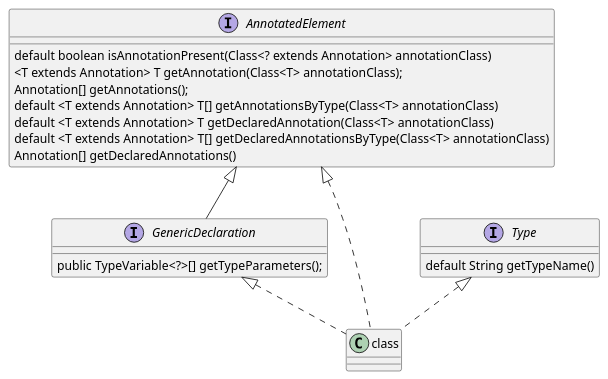
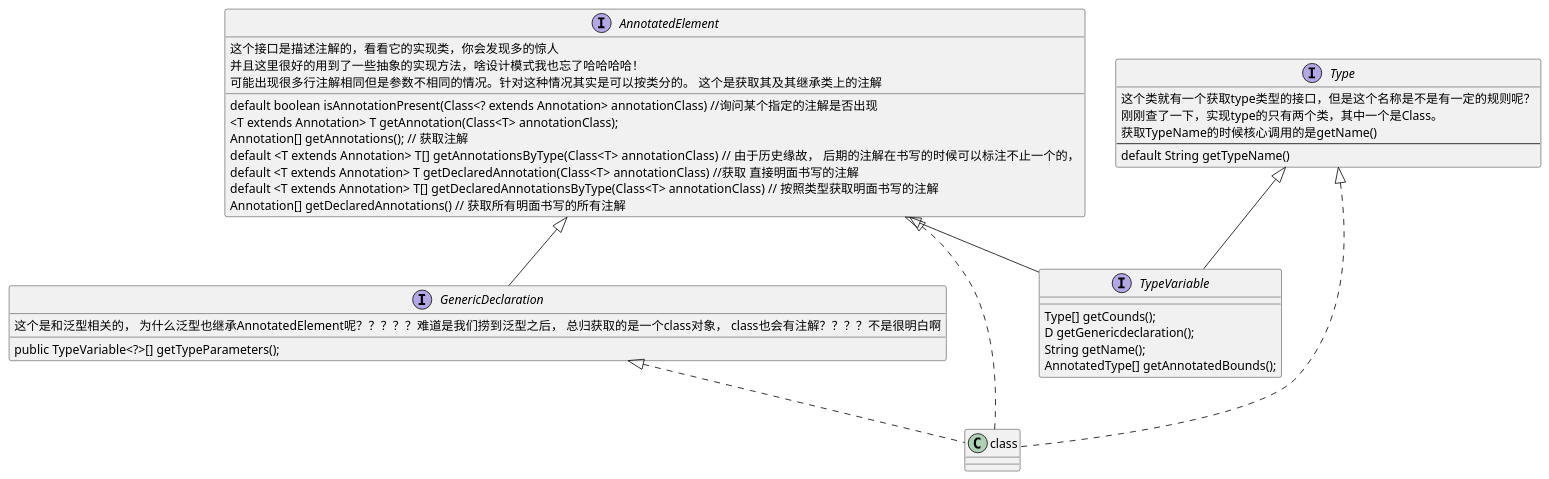
One commit to caoyali/BooksCodeDemo changed the diagram in ThinkingInJava/app/src/main/java/com/example/class相关类研究/AAA_Class相关类梳理.md. Above: the diagram before and after it, drawn with PlantUML. The commit also changed other lines of this file and 12 other files, not shown here.

````diff
--- a/ThinkingInJava/app/src/main/java/com/example/class相关类研究/AAA_Class相关类梳理.md
+++ b/ThinkingInJava/app/src/main/java/com/example/class相关类研究/AAA_Class相关类梳理.md
@@ -3,31 +33,50 @@
 ```puml
 @startuml
 interface AnnotatedElement{
-    default boolean isAnnotationPresent(Class<? extends Annotation> annotationClass)
+    这个接口是描述注解的，看看它的实现类，你会发现多的惊人
+    并且这里很好的用到了一些抽象的实现方法，啥设计模式我也忘了哈哈哈哈！
+    default boolean isAnnotationPresent(Class<? extends Annotation> annotationClass) //询问某个指定的注解是否出现
     <T extends Annotation> T getAnnotation(Class<T> annotationClass);
-    Annotation[] getAnnotations();
-    default <T extends Annotation> T[] getAnnotationsByType(Class<T> annotationClass)
-    default <T extends Annotation> T getDeclaredAnnotation(Class<T> annotationClass)
-    default <T extends Annotation> T[] getDeclaredAnnotationsByType(Class<T> annotationClass)
-    Annotation[] getDeclaredAnnotations()
+    Annotation[] getAnnotations(); // 获取注解
+    default <T extends Annotation> T[] getAnnotationsByType(Class<T> annotationClass)   // 由于历史缘故， 后期的注解在书写的时候可以标注不止一个的，
+     可能出现很多行注解相同但是参数不相同的情况。针对这种情况其实是可以按类分的。  这个是获取其及其继承类上的注解
+    default <T extends Annotation> T getDeclaredAnnotation(Class<T> annotationClass) //获取 直接明面书写的注解
+    default <T extends Annotation> T[] getDeclaredAnnotationsByType(Class<T> annotationClass) // 按照类型获取明面书写的注解
+    Annotation[] getDeclaredAnnotations() // 获取所有明面书写的所有注解
 }
 
 interface GenericDeclaration{
+    这个是和泛型相关的， 为什么泛型也继承AnnotatedElement呢？？？？？难道是我们捞到泛型之后， 总归获取的是一个class对象， class也会有注解？？？？不是很明白啊
     public TypeVariable<?>[] getTypeParameters();
 }
 
+
 interface Type{
+    这个类就有一个获取type类型的接口，但是这个名称是不是有一定的规则呢？
+    刚刚查了一下，实现type的只有两个类，其中一个是Class。
+    获取TypeName的时候核心调用的是getName()
+    ----
     default String getTypeName()
+}
+
+interface TypeVariable{
+    Type[] getCounds();
+    D getGenericdeclaration();
+    String getName();
+    AnnotatedType[] getAnnotatedBounds();
 }
 
 class class{}
 
 GenericDeclaration -up-|> AnnotatedElement
 
 
 class .up.|> GenericDeclaration
 class .up.|> Type
 ' 问题来了，假如class不写实现AnnotatedElement， 那么它属于AnnotatedElement吗？
-class .up.|> AnnotatedElement 
+class ..|> AnnotatedElement 
+
+TypeVariable --up|> Type
+TypeVariable --up|> AnnotatedElement
 @enduml
 ```
````
